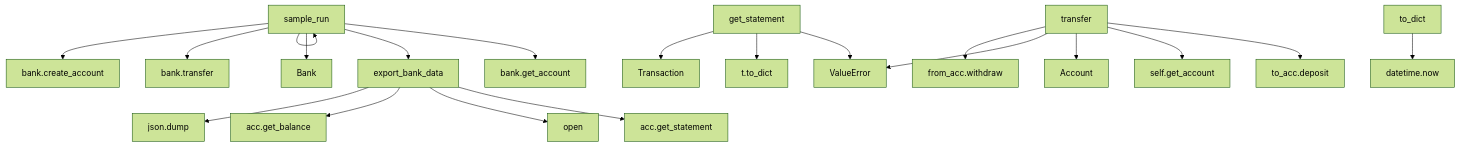
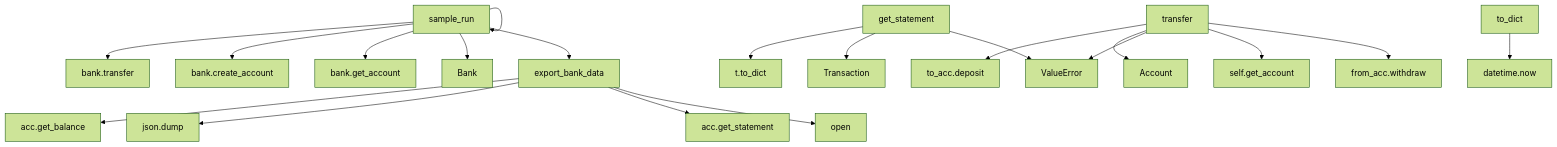
Before and after one commit to HARINI2806/AI_Code_Assistant: the diagram in backend/output/diagrams/call_flow_diagram.mmd, drawn with Mermaid (forest theme). The commit also changed other lines of this file and 7 other files, not shown here.

```diff
--- a/backend/output/diagrams/call_flow_diagram.mmd
+++ b/backend/output/diagrams/call_flow_diagram.mmd
@@ -1,20 +1,20 @@
 flowchart TD
+    sample_run[sample_run] --> sample_run[sample_run]
+    sample_run[sample_run] --> export_bank_data[export_bank_data]
+    sample_run[sample_run] --> Bank[Bank]
+    sample_run[sample_run] --> bank_get_account[bank.get_account]
     sample_run[sample_run] --> bank_create_account[bank.create_account]
     sample_run[sample_run] --> bank_transfer[bank.transfer]
-    sample_run[sample_run] --> sample_run[sample_run]
-    sample_run[sample_run] --> Bank[Bank]
-    sample_run[sample_run] --> export_bank_data[export_bank_data]
-    sample_run[sample_run] --> bank_get_account[bank.get_account]
+    get_statement[get_statement] --> ValueError[ValueError]
     get_statement[get_statement] --> Transaction[Transaction]
     get_statement[get_statement] --> t_to_dict[t.to_dict]
-    get_statement[get_statement] --> ValueError[ValueError]
     transfer[transfer] --> from_acc_withdraw[from_acc.withdraw]
+    transfer[transfer] --> self_get_account[self.get_account]
     transfer[transfer] --> ValueError[ValueError]
     transfer[transfer] --> Account[Account]
-    transfer[transfer] --> self_get_account[self.get_account]
     transfer[transfer] --> to_acc_deposit[to_acc.deposit]
     to_dict[to_dict] --> datetime_now[datetime.now]
+    export_bank_data[export_bank_data] --> open[open]
+    export_bank_data[export_bank_data] --> acc_get_statement[acc.get_statement]
     export_bank_data[export_bank_data] --> json_dump[json.dump]
     export_bank_data[export_bank_data] --> acc_get_balance[acc.get_balance]
-    export_bank_data[export_bank_data] --> open[open]
-    export_bank_data[export_bank_data] --> acc_get_statement[acc.get_statement]
```
